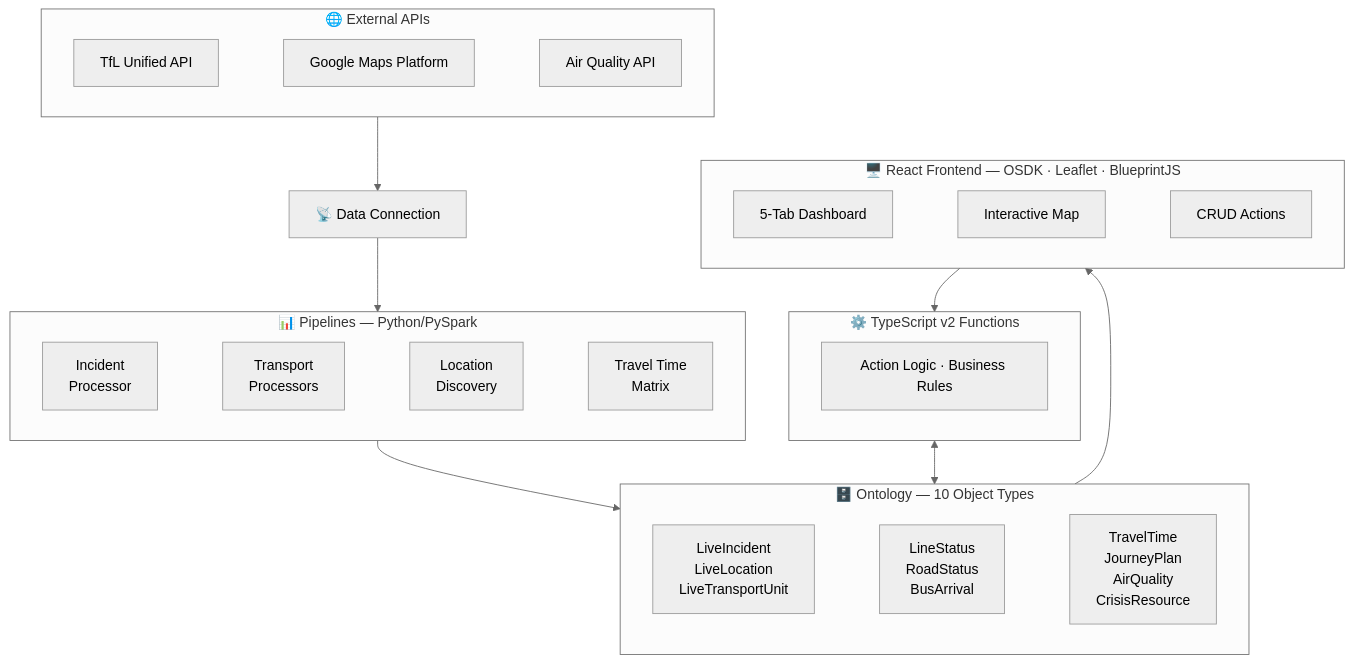
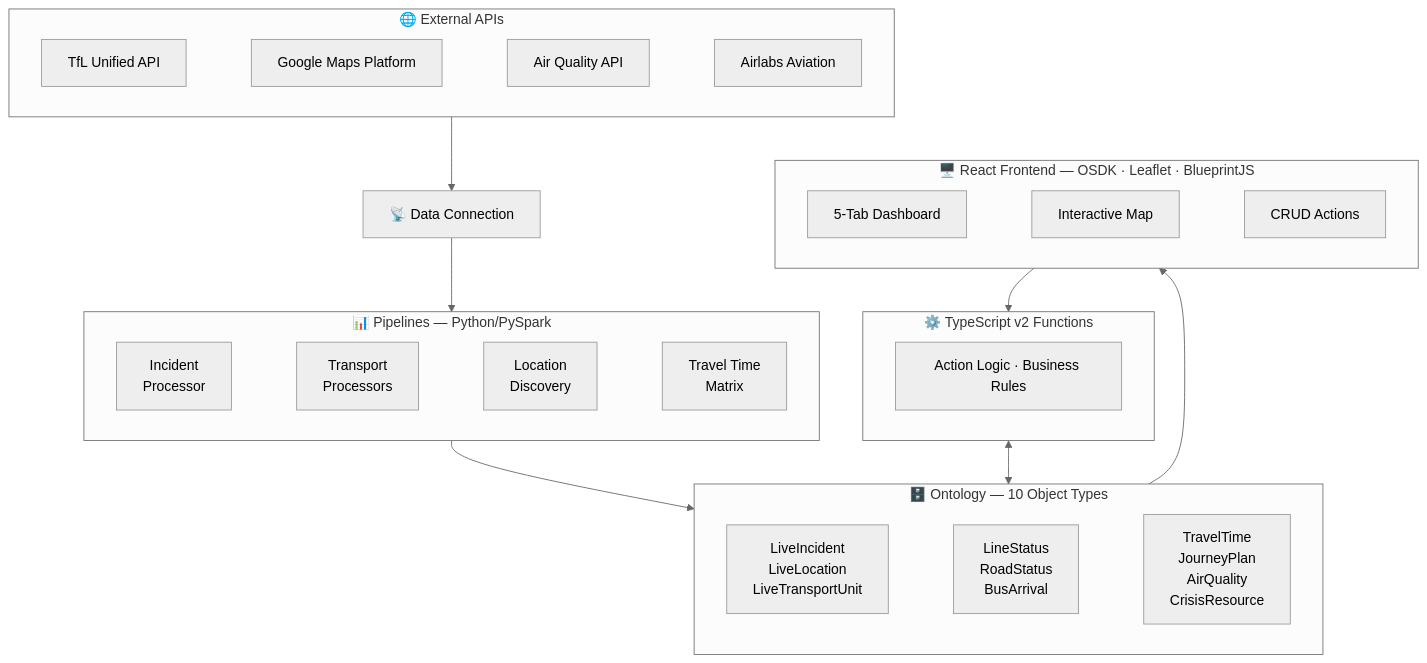
One commit to alpatamerr/crisis-logistics-command-system changed the diagram in README.md. Above: the diagram before and after it, drawn with Mermaid (neutral theme). The commit also changed other lines of this file, not shown here.

````diff
--- a/README.md
+++ b/README.md
@@ -17,35 +17,35 @@
 ```mermaid
 flowchart TB
     subgraph APIs["🌐 External APIs"]
         direction LR
-        TfL["TfL Unified API"] ~~~ Google["Google Maps Platform"] ~~~ AQ["Air Quality API"]
+        TfL["TfL Unified API"] ~~~ Google["Google Maps Platform"] ~~~ AQ["Air Quality API"] ~~~ AL["Airlabs Aviation"]
     end
 
     DC["📡 Data Connection"]
 
     subgraph Pipelines["📊 Pipelines — Python/PySpark"]
         direction LR
         P1["Incident\nProcessor"] ~~~ P2["Transport\nProcessors"] ~~~ P3["Location\nDiscovery"] ~~~ P4["Travel Time\nMatrix"]
     end
 
     subgraph Ontology["🗄️ Ontology — 10 Object Types"]
         direction LR
         O1["LiveIncident\nLiveLocation\nLiveTransportUnit"] ~~~ O2["LineStatus\nRoadStatus\nBusArrival"] ~~~ O3["TravelTime\nJourneyPlan\nAirQuality\nCrisisResource"]
     end
 
     subgraph Functions["⚙️ TypeScript v2 Functions"]
         F1["Action Logic · Business Rules"]
     end
 
     subgraph App["🖥️ React Frontend — OSDK · Leaflet · BlueprintJS"]
         direction LR
         UI["5-Tab Dashboard"] ~~~ Map["Interactive Map"] ~~~ Actions["CRUD Actions"]
     end
 
     APIs --> DC
     DC --> Pipelines
     Pipelines --> Ontology
     Ontology --> App
     Functions <--> Ontology
     Actions --> Functions
 ```
````
